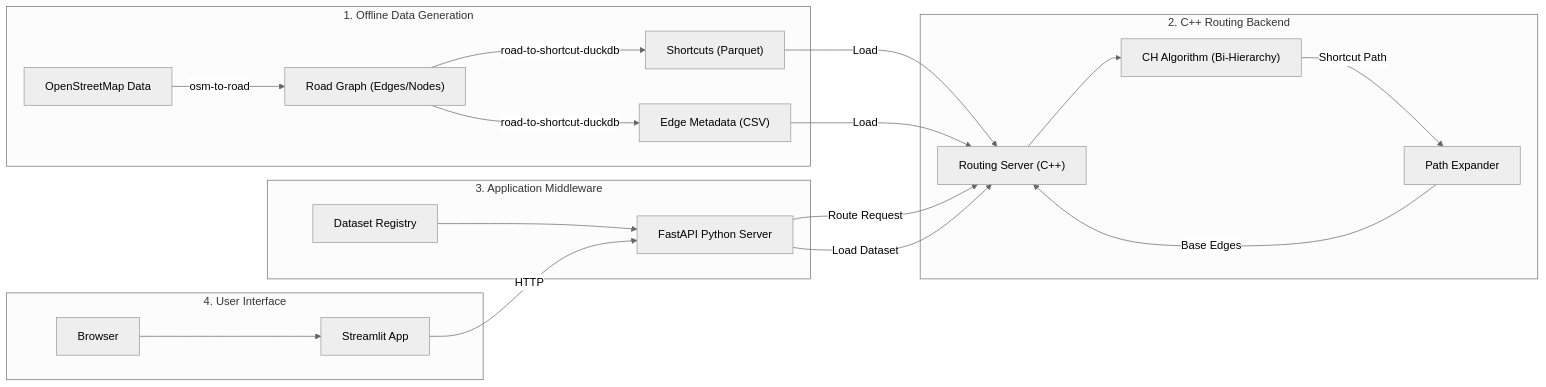
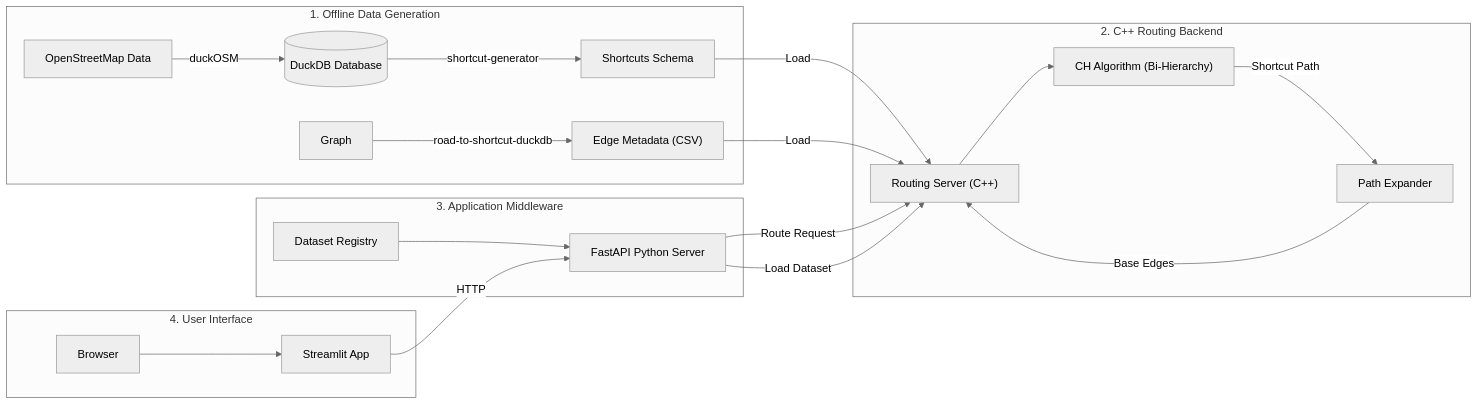
Before and after one commit to Khoshkhah/h3-routing-platform: the diagram in docs/architecture_overview.md, drawn with Mermaid (neutral theme). The commit also changed other lines of this file and 5 other files, not shown here.

First line of the commit message:
Comprehensive documentation update: osm-importer → duckOSM

````diff
--- a/docs/architecture_overview.md
+++ b/docs/architecture_overview.md
@@ -11,38 +11,38 @@
 ```mermaid
 graph LR
     subgraph "1. Offline Data Generation"
-        OSM[OpenStreetMap Data] -->|osm-to-road| Graph["Road Graph (Edges/Nodes)"]
-        Graph -->|road-to-shortcut-duckdb| Shortcuts["Shortcuts (Parquet)"]
+        OSM[OpenStreetMap Data] -->|duckOSM| DuckDB[("DuckDB Database")]
+        DuckDB -->|shortcut-generator| Shortcuts["Shortcuts Schema"]
         Graph -->|road-to-shortcut-duckdb| Meta["Edge Metadata (CSV)"]
     end
 
     subgraph "2. C++ Routing Backend"
         ServerCPP["Routing Server (C++)"]
         Algorithm["CH Algorithm (Bi-Hierarchy)"]
         Expander[Path Expander]
         
         Shortcuts -->|Load| ServerCPP
         Meta -->|Load| ServerCPP
         
         ServerCPP --> Algorithm
         Algorithm -->|Shortcut Path| Expander
         Expander -->|Base Edges| ServerCPP
     end
 
     subgraph "3. Application Middleware"
         API[FastAPI Python Server]
         Registry[Dataset Registry]
         
         API -->|Route Request| ServerCPP
         API -->|Load Dataset| ServerCPP
         Registry --> API
     end
 
     subgraph "4. User Interface"
         Streamlit[Streamlit App]
         User[Browser]
         
         User --> Streamlit
         Streamlit -->|HTTP| API
     end
 ```
````
